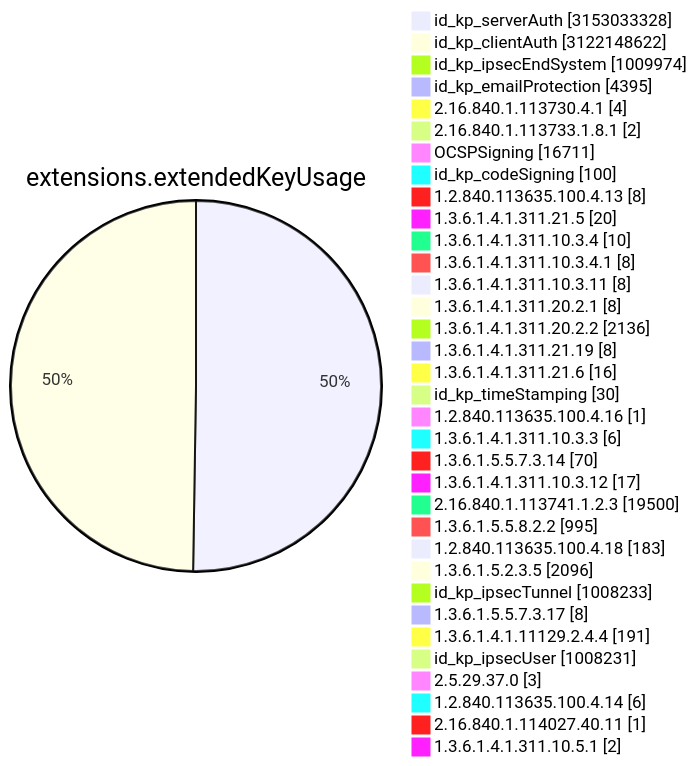
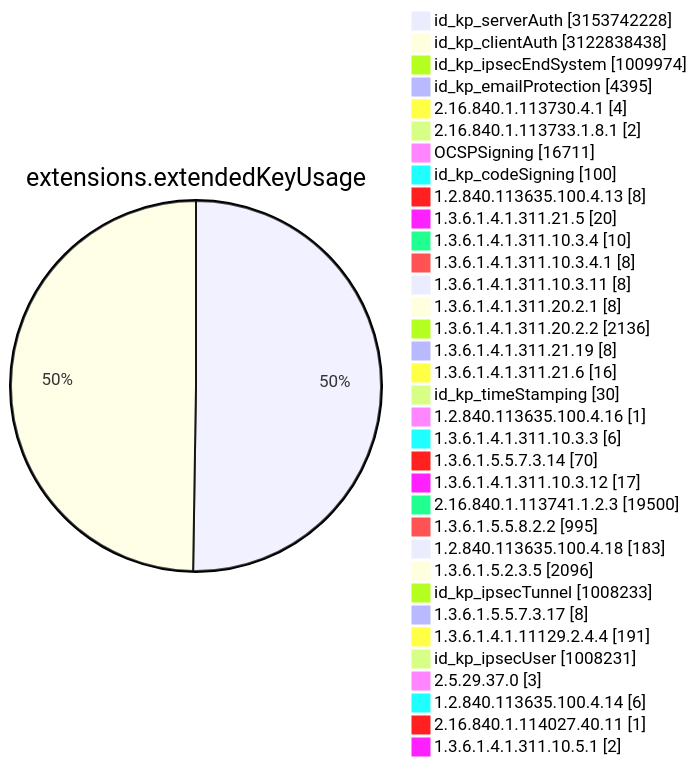
Diagram 11 of 15 in TOTAL/README.md (christiankrug/ctmonitor_visualization), drawn with Mermaid before and after one commit. The commit also changed other lines of this file, not shown here.

````diff
--- a/TOTAL/README.md
+++ b/TOTAL/README.md
@@ -4119,38 +4119,38 @@
 ```mermaid
 pie showData
 title extensions.extendedKeyUsage
-"id_kp_serverAuth" :3153033328
-"id_kp_clientAuth" :3122148622
+"id_kp_serverAuth" :3153742228
+"id_kp_clientAuth" :3122838438
 "id_kp_ipsecEndSystem" :1009974
 "id_kp_emailProtection" :4395
 "2.16.840.1.113730.4.1" :4
 "2.16.840.1.113733.1.8.1" :2
 "OCSPSigning" :16711
 "id_kp_codeSigning" :100
 "1.2.840.113635.100.4.13" :8
 "1.3.6.1.4.1.311.21.5" :20
 "1.3.6.1.4.1.311.10.3.4" :10
 "1.3.6.1.4.1.311.10.3.4.1" :8
 "1.3.6.1.4.1.311.10.3.11" :8
 "1.3.6.1.4.1.311.20.2.1" :8
 "1.3.6.1.4.1.311.20.2.2" :2136
 "1.3.6.1.4.1.311.21.19" :8
 "1.3.6.1.4.1.311.21.6" :16
 "id_kp_timeStamping" :30
 "1.2.840.113635.100.4.16" :1
 "1.3.6.1.4.1.311.10.3.3" :6
 "1.3.6.1.5.5.7.3.14" :70
 "1.3.6.1.4.1.311.10.3.12" :17
 "2.16.840.1.113741.1.2.3" :19500
 "1.3.6.1.5.5.8.2.2" :995
 "1.2.840.113635.100.4.18" :183
 "1.3.6.1.5.2.3.5" :2096
 "id_kp_ipsecTunnel" :1008233
 "1.3.6.1.5.5.7.3.17" :8
 "1.3.6.1.4.1.11129.2.4.4" :191
 "id_kp_ipsecUser" :1008231
 "2.5.29.37.0" :3
 "1.2.840.113635.100.4.14" :6
 "2.16.840.1.114027.40.11" :1
 "1.3.6.1.4.1.311.10.5.1" :2
 ```
````
